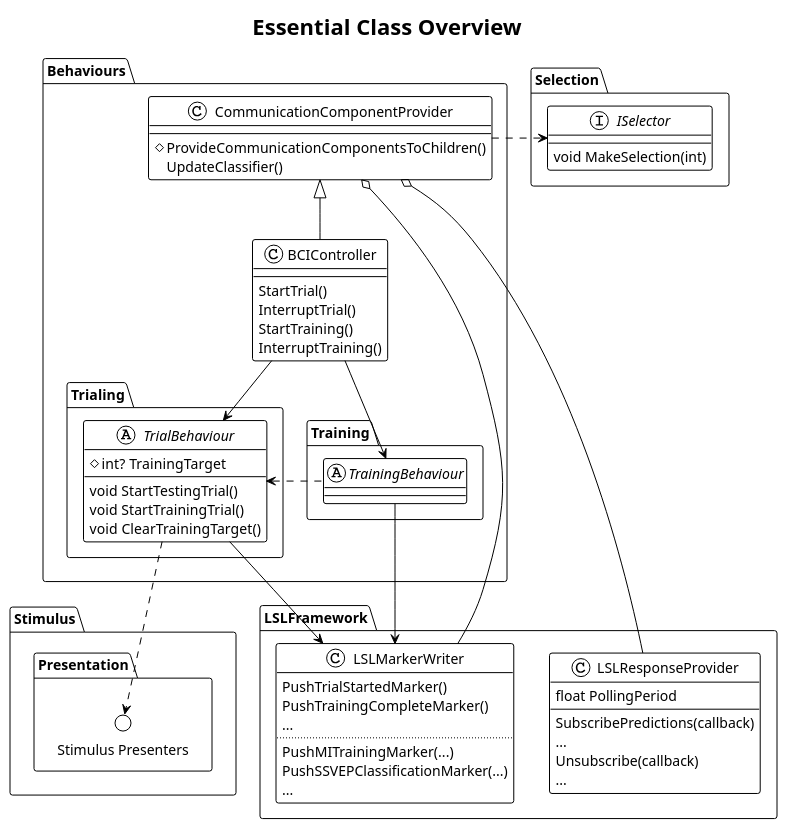
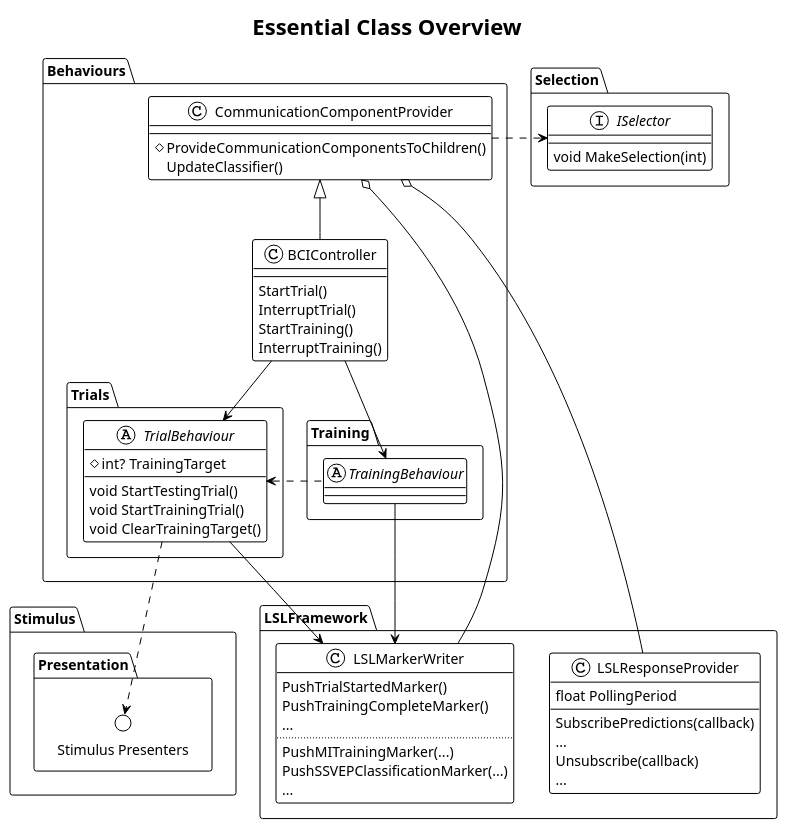
Before and after one commit to BCI-Games/bessy-docs: the diagram in content/bessy-unity/overview.plantuml, drawn with PlantUML. The commit also changed 21 other files, not shown here.

Commit message:
Renamed "Trials" namespace

```diff
--- a/content/bessy-unity/overview.plantuml
+++ b/content/bessy-unity/overview.plantuml
@@ -1,76 +1,76 @@
 @startuml overview
 !theme plain
 title Essential Class Overview
 
 
 interface Selection.ISelector {
     void MakeSelection(int)
 }
 
 namespace Stimulus.Presentation {
     circle "Stimulus Presenters" as presenters
 }
 
 
 namespace Behaviours {
     class BCIController extends CommunicationComponentProvider {
         StartTrial()
         InterruptTrial()
         StartTraining()
         InterruptTraining()
     }
 
     class CommunicationComponentProvider {
         # ProvideCommunicationComponentsToChildren()
         UpdateClassifier()
     }
 
-    namespace Trialing {
+    namespace Trials {
         abstract TrialBehaviour {
             # int? TrainingTarget
             void StartTestingTrial()
             void StartTrainingTrial()
             void ClearTrainingTarget()
         }
     }
 
     namespace Training {
         abstract TrainingBehaviour
     }
 
     BCIController --> TrialBehaviour
     BCIController --> TrainingBehaviour
     CommunicationComponentProvider .> ISelector
 }
 
 namespace LSLFramework {
     class LSLMarkerWriter {
         PushTrialStartedMarker()
         PushTrainingCompleteMarker()
         ...
         ..
         PushMITrainingMarker(...)
         PushSSVEPClassificationMarker(...)
         ...
     }
 
     class LSLResponseProvider {
         float PollingPeriod
         --
         SubscribePredictions(callback)
         ...
         Unsubscribe(callback)
         ...
     }
 }
 
 CommunicationComponentProvider o-- LSLMarkerWriter
 CommunicationComponentProvider o-- LSLResponseProvider
 
 TrialBehaviour --> LSLMarkerWriter
 TrainingBehaviour --> LSLMarkerWriter
 TrialBehaviour <. TrainingBehaviour
 
 TrialBehaviour ..> presenters
 
 @enduml
```
